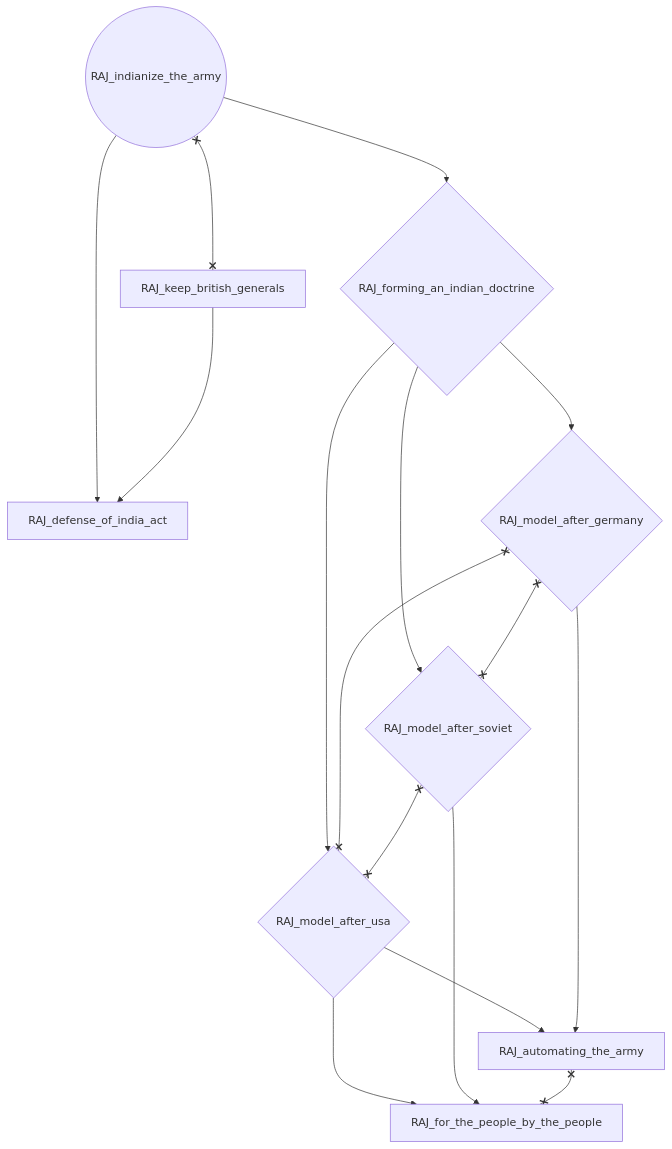
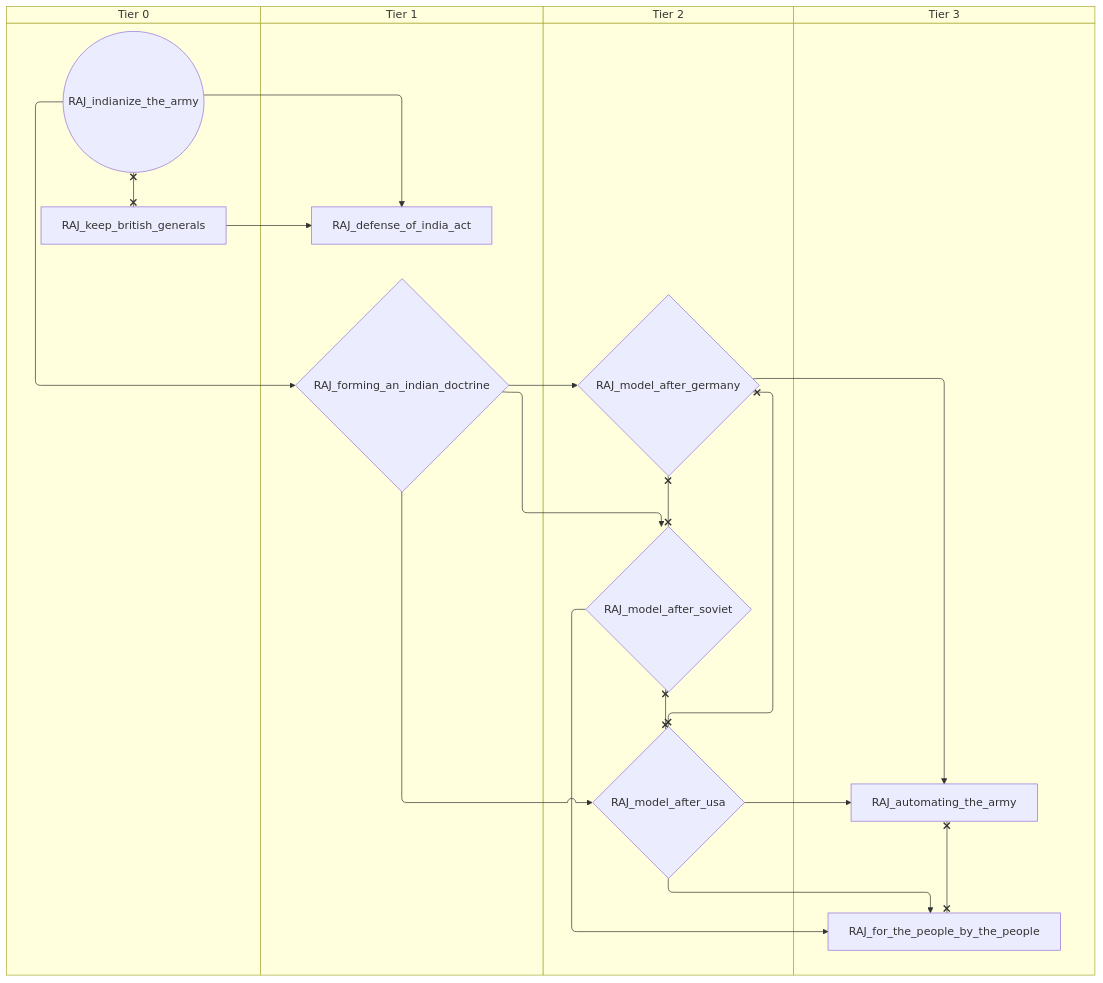
One commit to evgeny-sobol/hoi4-sandbox-mode changed the seventh of 13 diagrams in docs/gdd/National Focuses/india_goe.md. Above: the diagram before and after it, drawn with Mermaid. The commit also changed other lines of this file and 80 other files, not shown here.

First line of the commit message:
Add swimlane mode to focus graph exporter

````diff
--- a/docs/gdd/National Focuses/india_goe.md
+++ b/docs/gdd/National Focuses/india_goe.md
@@ -468,27 +552,35 @@
 ```mermaid
-flowchart TD
-    n187["RAJ_automating_the_army"]
-    n188["RAJ_defense_of_india_act"]
-    n189["RAJ_for_the_people_by_the_people"]
-    n190{"RAJ_forming_an_indian_doctrine"}
-    n191(("RAJ_indianize_the_army"))
-    n192["RAJ_keep_british_generals"]
-    n193{"RAJ_model_after_germany"}
-    n194{"RAJ_model_after_soviet"}
-    n195{"RAJ_model_after_usa"}
-    n195 --> n187
-    n193 --> n187
-    n191 --> n188
-    n192 --> n188
-    n195 --> n189
-    n194 --> n189
-    n191 --> n190
+swimlane-beta TD
+    subgraph tier_0["Tier 0"]
+        n187(("RAJ_indianize_the_army"))
+        n188["RAJ_keep_british_generals"]
+    end
+    subgraph tier_1["Tier 1"]
+        n189["RAJ_defense_of_india_act"]
+        n190{"RAJ_forming_an_indian_doctrine"}
+    end
+    subgraph tier_2["Tier 2"]
+        n191{"RAJ_model_after_germany"}
+        n192{"RAJ_model_after_soviet"}
+        n193{"RAJ_model_after_usa"}
+    end
+    subgraph tier_3["Tier 3"]
+        n194["RAJ_automating_the_army"]
+        n195["RAJ_for_the_people_by_the_people"]
+    end
+    n193 --> n194
+    n191 --> n194
+    n187 --> n189
+    n188 --> n189
+    n193 --> n195
+    n192 --> n195
+    n187 --> n190
+    n190 --> n191
+    n190 --> n192
     n190 --> n193
-    n190 --> n194
-    n190 --> n195
-    n187 x--x n189
+    n194 x--x n195
+    n187 x--x n188
     n191 x--x n192
-    n193 x--x n194
-    n193 x--x n195
-    n194 x--x n195
+    n191 x--x n193
+    n192 x--x n193
 ```
````
